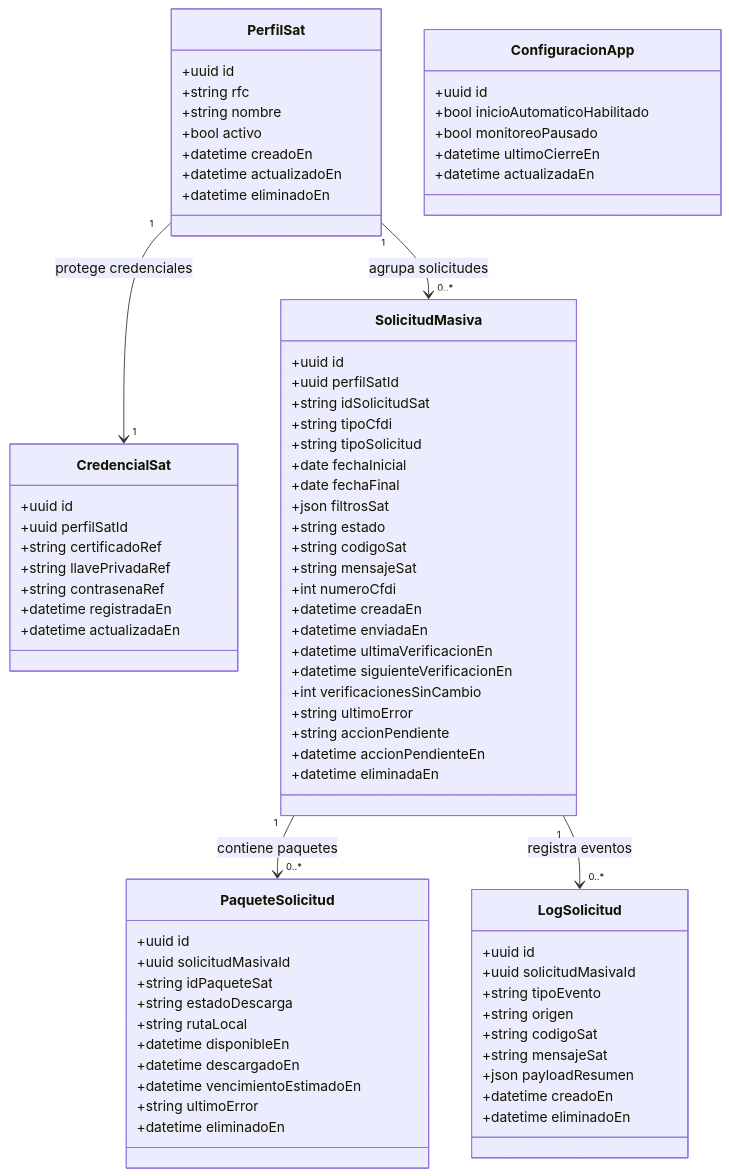
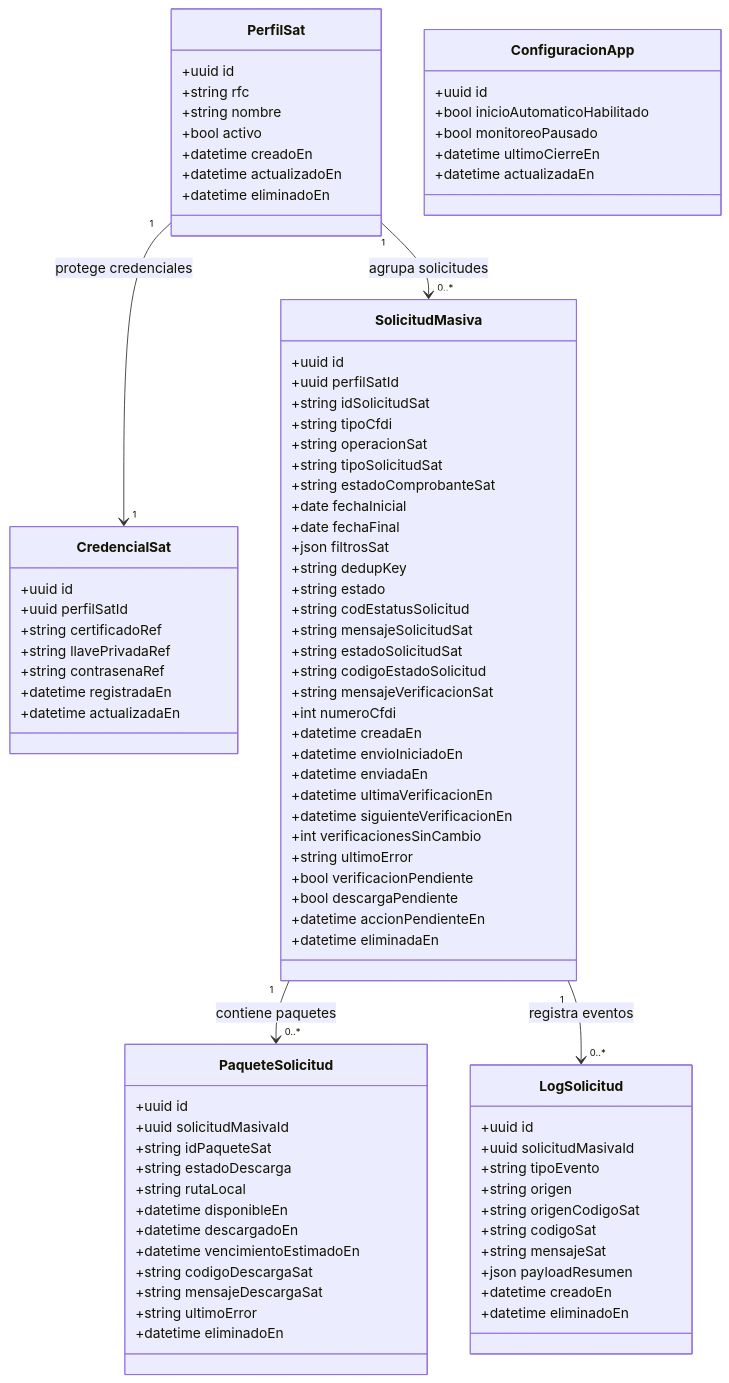
Diagram 14 of 21 in docs/architecture.md (irritila/sat-cfdi-downloader), drawn with Mermaid before and after one commit. The commit also changed other lines of this file and 14 other files, not shown here.

```diff
--- a/docs/architecture.md
+++ b/docs/architecture.md
@@ -931,21 +990,29 @@
         +uuid perfilSatId
         +string idSolicitudSat
         +string tipoCfdi
-        +string tipoSolicitud
+        +string operacionSat
+        +string tipoSolicitudSat
+        +string estadoComprobanteSat
         +date fechaInicial
         +date fechaFinal
         +json filtrosSat
+        +string dedupKey
         +string estado
-        +string codigoSat
-        +string mensajeSat
+        +string codEstatusSolicitud
+        +string mensajeSolicitudSat
+        +string estadoSolicitudSat
+        +string codigoEstadoSolicitud
+        +string mensajeVerificacionSat
         +int numeroCfdi
         +datetime creadaEn
+        +datetime envioIniciadoEn
         +datetime enviadaEn
         +datetime ultimaVerificacionEn
         +datetime siguienteVerificacionEn
         +int verificacionesSinCambio
         +string ultimoError
-        +string accionPendiente
+        +bool verificacionPendiente
+        +bool descargaPendiente
         +datetime accionPendienteEn
         +datetime eliminadaEn
     }
@@ -959,6 +1026,8 @@
         +datetime disponibleEn
         +datetime descargadoEn
         +datetime vencimientoEstimadoEn
+        +string codigoDescargaSat
+        +string mensajeDescargaSat
         +string ultimoError
         +datetime eliminadoEn
     }
@@ -968,6 +1037,7 @@
         +uuid solicitudMasivaId
         +string tipoEvento
         +string origen
+        +string origenCodigoSat
         +string codigoSat
         +string mensajeSat
         +json payloadResumen
```
